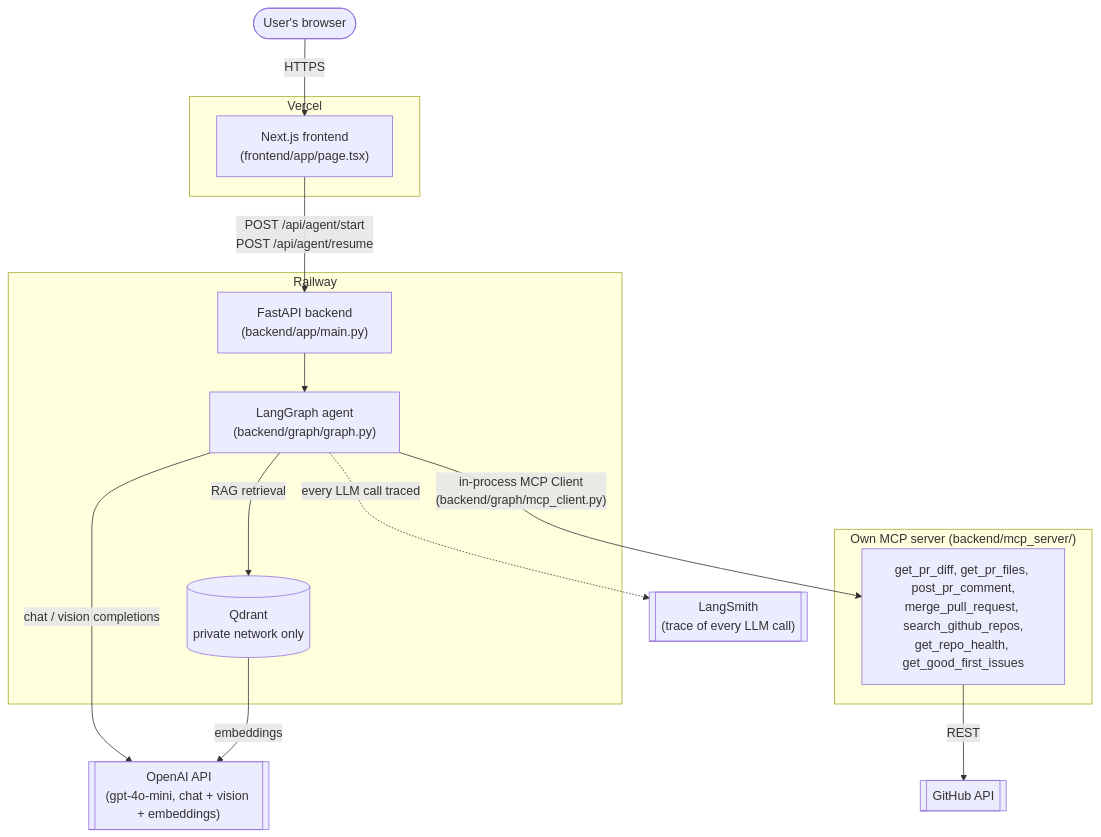
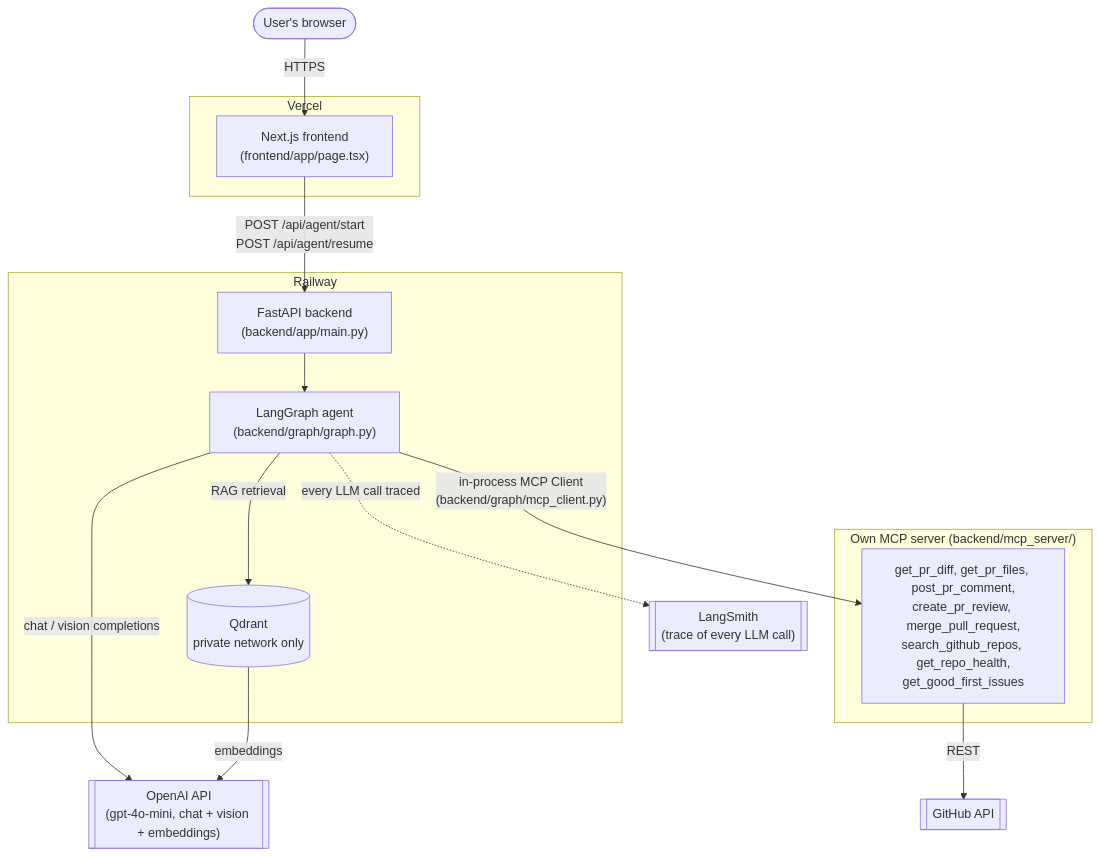
Before and after one commit to Dantes19xx/oss_copilot: the first of 2 diagrams in ARCHITECTURE.md, drawn with Mermaid. The commit also changed other lines of this file and 7 other files, not shown here.

````diff
--- a/ARCHITECTURE.md
+++ b/ARCHITECTURE.md
@@ -14,32 +14,32 @@
 ```mermaid
 flowchart TB
     User(["User's browser"])
 
     subgraph Vercel["Vercel"]
         FE["Next.js frontend<br/>(frontend/app/page.tsx)"]
     end
 
     subgraph Railway["Railway"]
         BE["FastAPI backend<br/>(backend/app/main.py)"]
         Graph["LangGraph agent<br/>(backend/graph/graph.py)"]
         Qdrant[("Qdrant<br/>private network only")]
         BE --> Graph
         Graph -- "RAG retrieval" --> Qdrant
     end
 
     subgraph MCP["Own MCP server (backend/mcp_server/)"]
-        Tools["get_pr_diff, get_pr_files, post_pr_comment,<br/>merge_pull_request, search_github_repos,<br/>get_repo_health, get_good_first_issues"]
+        Tools["get_pr_diff, get_pr_files, post_pr_comment,<br/>create_pr_review, merge_pull_request,<br/>search_github_repos, get_repo_health,<br/>get_good_first_issues"]
     end
 
     GitHub[["GitHub API"]]
     OpenAI[["OpenAI API<br/>(gpt-4o-mini, chat + vision + embeddings)"]]
     LangSmith[["LangSmith<br/>(trace of every LLM call)"]]
 
     User -- "HTTPS" --> FE
     FE -- "POST /api/agent/start<br/>POST /api/agent/resume" --> BE
     Graph -- "in-process MCP Client<br/>(backend/graph/mcp_client.py)" --> Tools
     Tools -- "REST" --> GitHub
     Graph -- "chat / vision completions" --> OpenAI
     Qdrant -- "embeddings" --> OpenAI
     Graph -. "every LLM call traced" .-> LangSmith
 ```
````
